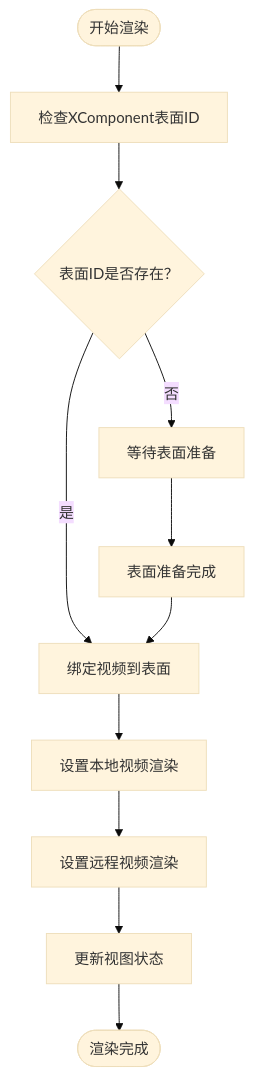
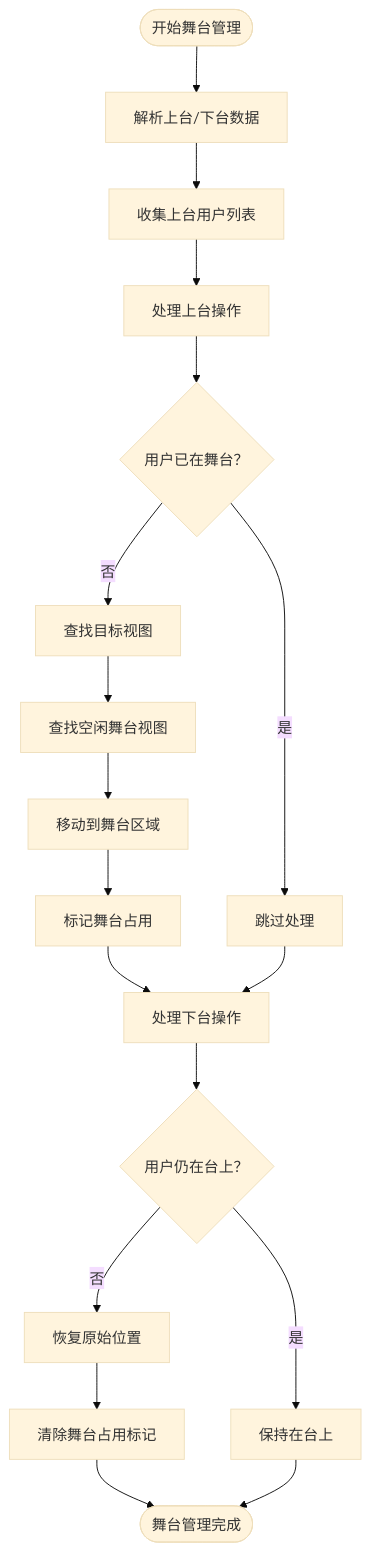
One commit to huz1xuan/harmony_XDY changed the fifth of 8 diagrams in .qoder/repowiki/zh/content/主要功能模块/主要功能模块.md. Above: the diagram before and after it, drawn with Mermaid (base theme). The commit also changed other lines of this file and 15 other files, not shown here.

````diff
--- a/.qoder/repowiki/zh/content/主要功能模块/主要功能模块.md
+++ b/.qoder/repowiki/zh/content/主要功能模块/主要功能模块.md
@@ -278,13 +375,20 @@
 ```mermaid
 flowchart TD
-Start([开始渲染]) --> CheckSurface["检查XComponent表面ID"]
-CheckSurface --> SurfaceExists{"表面ID是否存在？"}
-SurfaceExists --> |否| WaitSurface["等待表面准备"]
-SurfaceExists --> |是| BindVideo["绑定视频到表面"]
-WaitSurface --> SurfaceReady["表面准备完成"]
-SurfaceReady --> BindVideo
-BindVideo --> SetLocal["设置本地视频渲染"]
-SetLocal --> SetRemote["设置远程视频渲染"]
-SetRemote --> UpdateState["更新视图状态"]
-UpdateState --> End([渲染完成])
+Start([开始舞台管理]) --> ParseData["解析上台/下台数据"]
+ParseData --> CollectUpList["收集上台用户列表"]
+CollectUpList --> ProcessUp["处理上台操作"]
+ProcessUp --> CheckExist{"用户已在舞台？"}
+CheckExist --> |是| Skip["跳过处理"]
+CheckExist --> |否| FindTarget["查找目标视图"]
+FindTarget --> FindStage["查找空闲舞台视图"]
+FindStage --> MoveToStage["移动到舞台区域"]
+MoveToStage --> MarkOccupied["标记舞台占用"]
+MarkOccupied --> ProcessDown["处理下台操作"]
+Skip --> ProcessDown
+ProcessDown --> CheckDownList{"用户仍在台上？"}
+CheckDownList --> |是| Keep["保持在台上"]
+CheckDownList --> |否| RestorePos["恢复原始位置"]
+RestorePos --> ClearMark["清除舞台占用标记"]
+ClearMark --> End([舞台管理完成])
+Keep --> End
 ```
````
